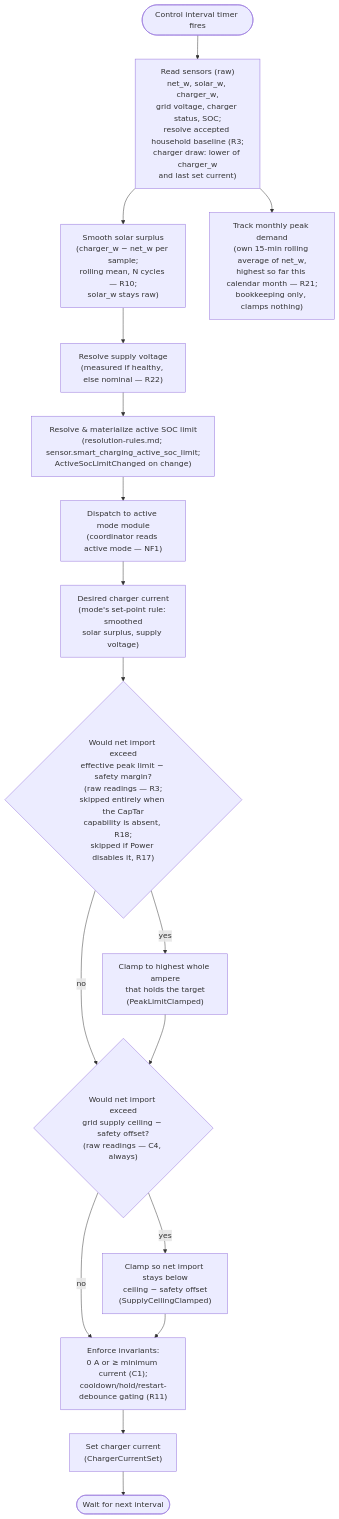
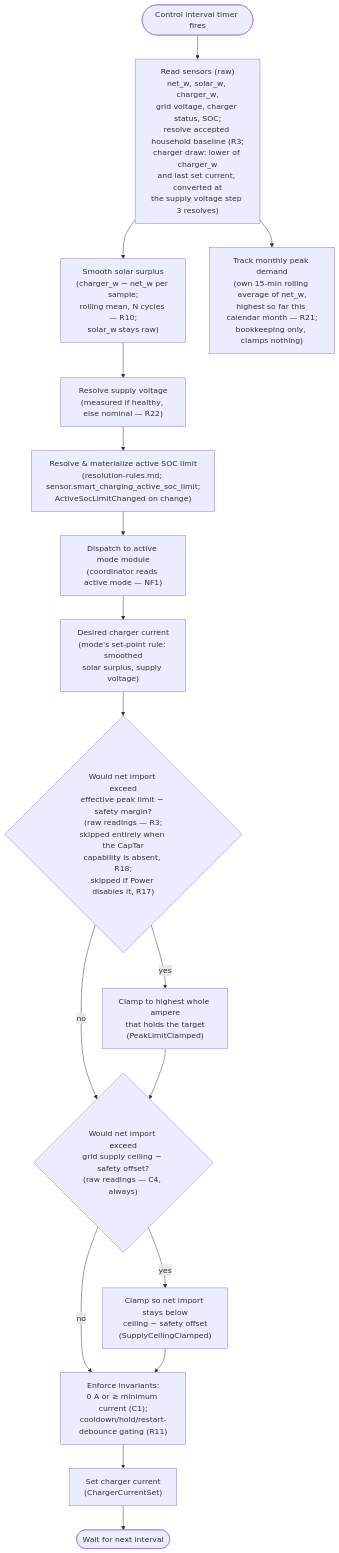
One commit to kristofdegrave/homeassistant-smart-charging changed the diagram in docs/analysis/control-cycle.md. Above: the diagram before and after it, drawn with Mermaid. The commit also changed other lines of this file and 3 other files, not shown here.

````diff
--- a/docs/analysis/control-cycle.md
+++ b/docs/analysis/control-cycle.md
@@ -73,19 +73,19 @@
 ```mermaid
 flowchart TD
-    Timer(["Control interval timer fires"]) --> Read["Read sensors (raw)<br/>net_w, solar_w, charger_w,<br/>grid voltage, charger status, SOC;<br/>resolve accepted household baseline (R3;<br/>charger draw: lower of charger_w<br/>and last set current)"]
+    Timer(["Control interval timer fires"]) --> Read["Read sensors (raw)<br/>net_w, solar_w, charger_w,<br/>grid voltage, charger status, SOC;<br/>resolve accepted household baseline (R3;<br/>charger draw: lower of charger_w<br/>and last set current, converted at<br/>the supply voltage step 3 resolves)"]
     Read --> Smooth["Smooth solar surplus<br/>(charger_w − net_w per sample;<br/>rolling mean, N cycles — R10;<br/>solar_w stays raw)"]
     Read --> PeakTrack["Track monthly peak demand<br/>(own 15-min rolling average of net_w,<br/>highest so far this calendar month — R21;<br/>bookkeeping only, clamps nothing)"]
     Smooth --> Volt["Resolve supply voltage<br/>(measured if healthy, else nominal — R22)"]
     Volt --> SocLimit["Resolve & materialize active SOC limit<br/>(resolution-rules.md; sensor.smart_charging_active_soc_limit;<br/>ActiveSocLimitChanged on change)"]
     SocLimit --> Dispatch["Dispatch to active mode module<br/>(coordinator reads active mode — NF1)"]
     Dispatch --> Desired["Desired charger current<br/>(mode's set-point rule: smoothed<br/>solar surplus, supply voltage)"]
     Desired --> Peak{"Would net import exceed<br/>effective peak limit − safety margin?<br/>(raw readings — R3;<br/>skipped entirely when the CapTar<br/>capability is absent, R18;<br/>skipped if Power disables it, R17)"}
     Peak -->|yes| Clamp["Clamp to highest whole ampere<br/>that holds the target<br/>(PeakLimitClamped)"]
     Peak -->|no| Ceiling
     Clamp --> Ceiling{"Would net import exceed<br/>grid supply ceiling − safety offset?<br/>(raw readings — C4, always)"}
     Ceiling -->|yes| CeilingClamp["Clamp so net import stays below<br/>ceiling − safety offset<br/>(SupplyCeilingClamped)"]
     Ceiling -->|no| Invariant
     CeilingClamp --> Invariant["Enforce invariants:<br/>0 A or ≥ minimum current (C1);<br/>cooldown/hold/restart-debounce gating (R11)"]
     Invariant --> Set["Set charger current<br/>(ChargerCurrentSet)"]
     Set --> Wait(["Wait for next interval"])
 ```
````
